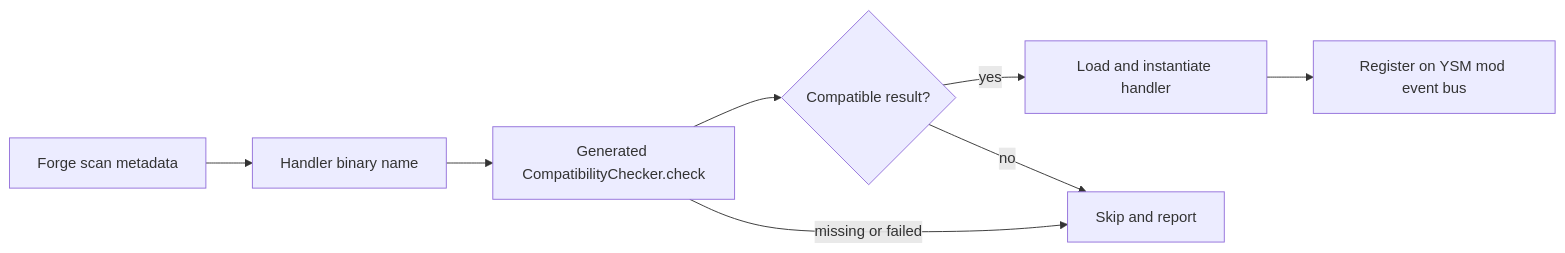
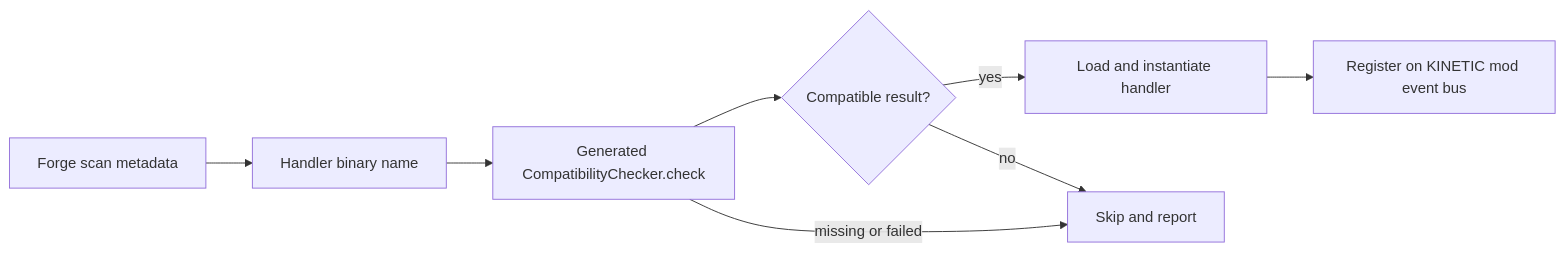
One commit to 456123739/kinetic changed the diagram in docs/architecture/integration/README.md. Above: the diagram before and after it, drawn with Mermaid. The commit also changed other lines of this file and 3335 other files, not shown here.

First line of the commit message:
重命名为 Kinetic：包名 com.kinetic、modId kinetic、命名空间 kinetic，自带 logo 与默认皮肤

````diff
--- a/docs/architecture/integration/README.md
+++ b/docs/architecture/integration/README.md
@@ -32,10 +32,10 @@
 ```mermaid
 flowchart LR
     META["Forge scan metadata"] --> NAME["Handler binary name"]
     NAME --> CHECK["Generated CompatibilityChecker.check"]
     CHECK --> RESULT{"Compatible result?"}
     RESULT -->|yes| CLASS["Load and instantiate handler"]
-    CLASS --> BUS["Register on YSM mod event bus"]
+    CLASS --> BUS["Register on KINETIC mod event bus"]
     RESULT -->|no| SKIP["Skip and report"]
     CHECK -->|missing or failed| SKIP
 ```
````
